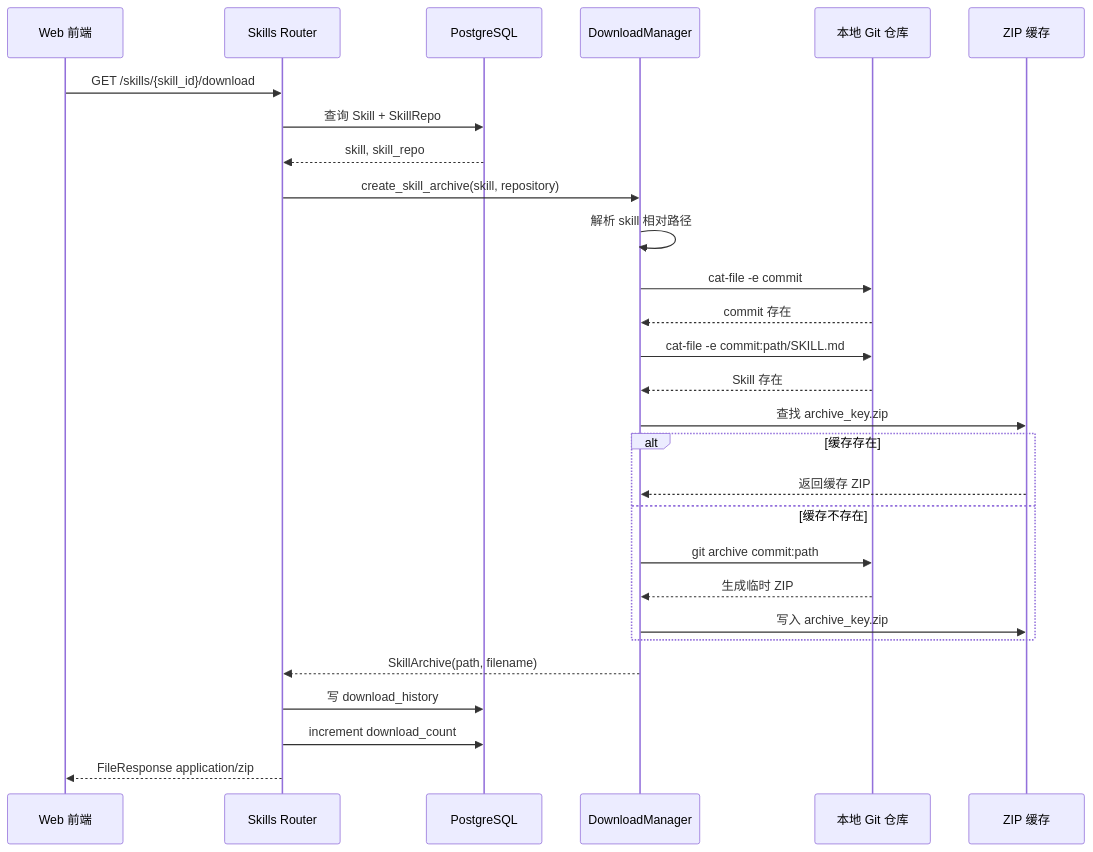
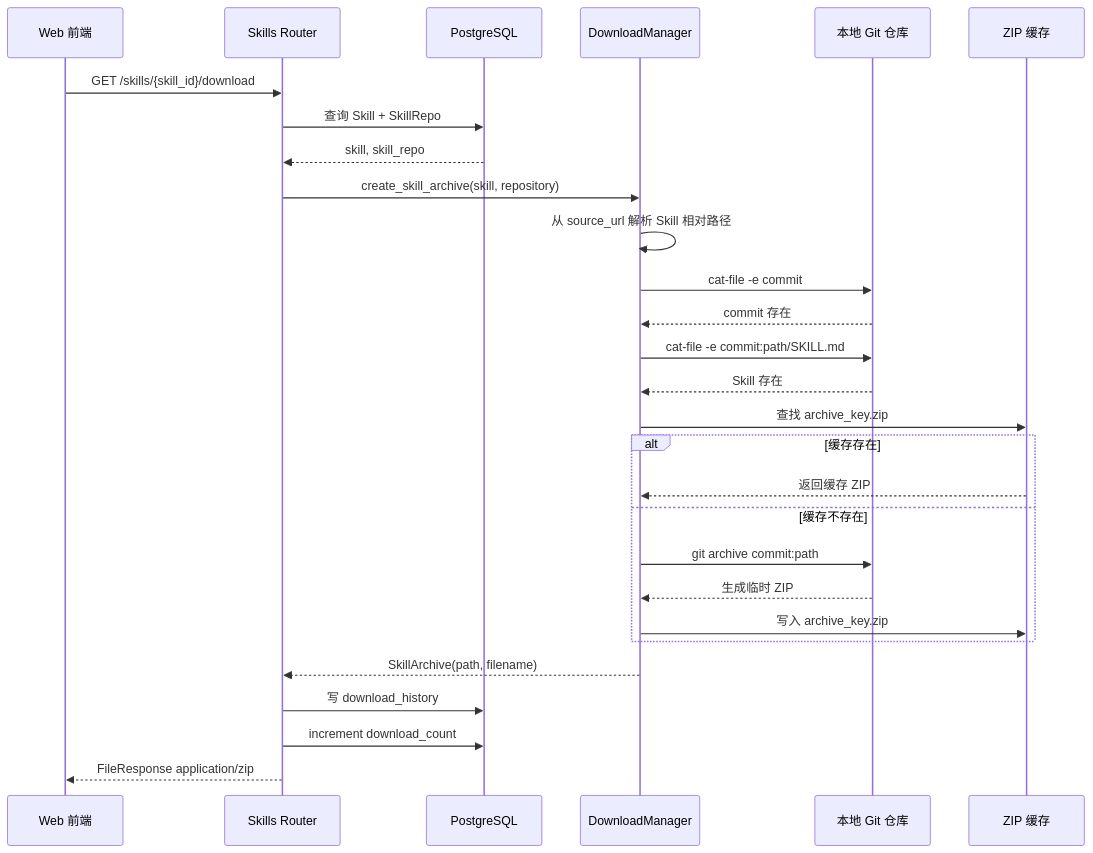
Before and after one commit to openeuler-mirror/wittyhub: the fourth of 5 diagrams in doc/design/skill-download-design.md, drawn with Mermaid. The commit also changed other lines of this file and 1 other file, not shown here.

Commit message:
fix(storage): 从 source_url 解析技能目录以适配 skill_id 仅含技能名

````diff
--- a/doc/design/skill-download-design.md
+++ b/doc/design/skill-download-design.md
@@ -316,31 +315,31 @@
 ```mermaid
 sequenceDiagram
     participant Web as Web 前端
     participant API as Skills Router
     participant DB as PostgreSQL
     participant DM as DownloadManager
     participant Git as 本地 Git 仓库
     participant Cache as ZIP 缓存
 
     Web->>API: GET /skills/{skill_id}/download
     API->>DB: 查询 Skill + SkillRepo
     DB-->>API: skill, skill_repo
     API->>DM: create_skill_archive(skill, repository)
-    DM->>DM: 解析 skill 相对路径
+    DM->>DM: 从 source_url 解析 Skill 相对路径
     DM->>Git: cat-file -e commit
     Git-->>DM: commit 存在
     DM->>Git: cat-file -e commit:path/SKILL.md
     Git-->>DM: Skill 存在
     DM->>Cache: 查找 archive_key.zip
     alt 缓存存在
         Cache-->>DM: 返回缓存 ZIP
     else 缓存不存在
         DM->>Git: git archive commit:path
         Git-->>DM: 生成临时 ZIP
         DM->>Cache: 写入 archive_key.zip
     end
     DM-->>API: SkillArchive(path, filename)
     API->>DB: 写 download_history
     API->>DB: increment download_count
     API-->>Web: FileResponse application/zip
 ```
````
